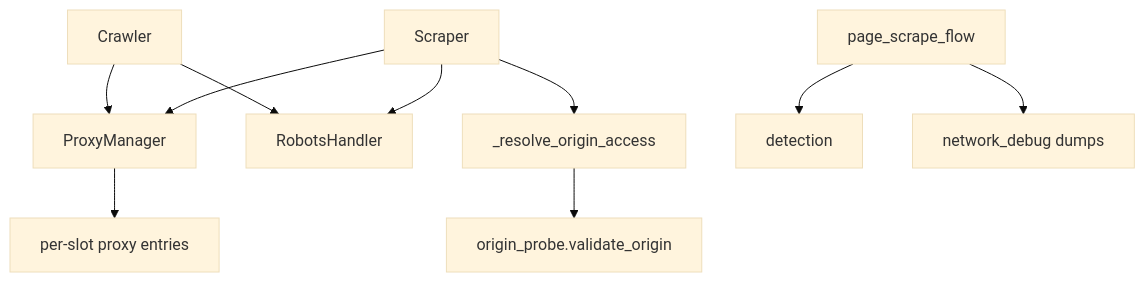
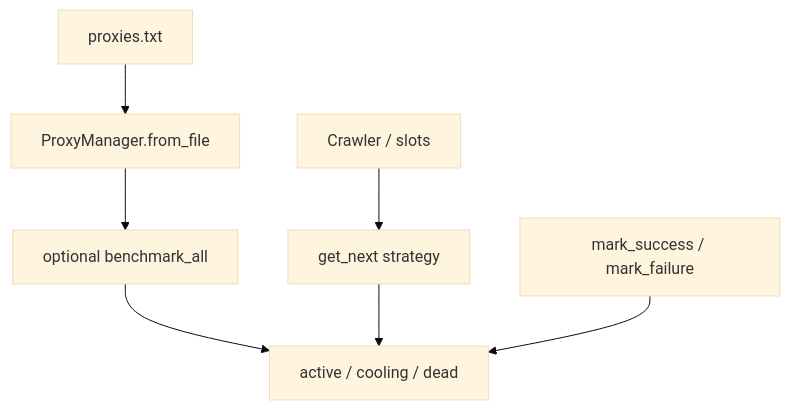
One commit to Shellghostt/WebVac changed the diagram in docs/architecture/PROXY_ORIGIN.md. Above: the diagram before and after it, drawn with Mermaid (base theme). The commit also changed other lines of this file and 8 other files, not shown here.

First line of the commit message:
Document subsystem architecture deep dives

````diff
--- a/docs/architecture/PROXY_ORIGIN.md
+++ b/docs/architecture/PROXY_ORIGIN.md
@@ -19,12 +20,9 @@
 ```mermaid
 flowchart TB
-  Scraper --> Proxy[ProxyManager]
-  Scraper --> Robots[RobotsHandler]
-  Scraper --> Origin[_resolve_origin_access]
-  Origin --> Probe[origin_probe.validate_origin]
-  Proxy --> Slots[per-slot proxy entries]
-  Crawler --> Proxy
-  Crawler --> Robots
-  Flow[page_scrape_flow] --> Det[detection]
-  Flow --> NetDbg[network_debug dumps]
+  File[proxies.txt] --> Load[ProxyManager.from_file]
+  Load --> Bench[optional benchmark_all]
+  Bench --> Pool[active / cooling / dead]
+  Crawl[Crawler / slots] --> Next[get_next strategy]
+  Next --> Pool
+  Outcome[mark_success / mark_failure] --> Pool
 ```
````
